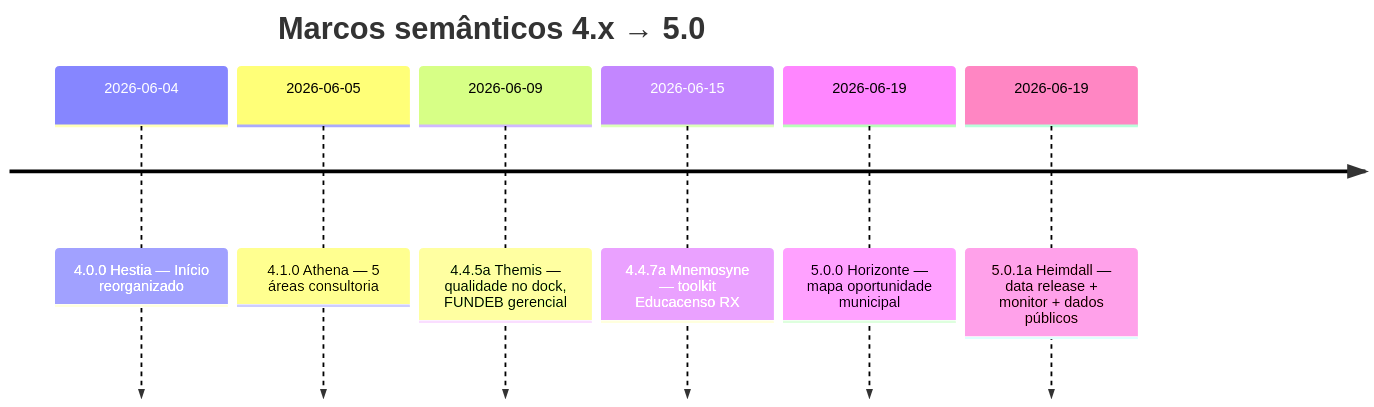
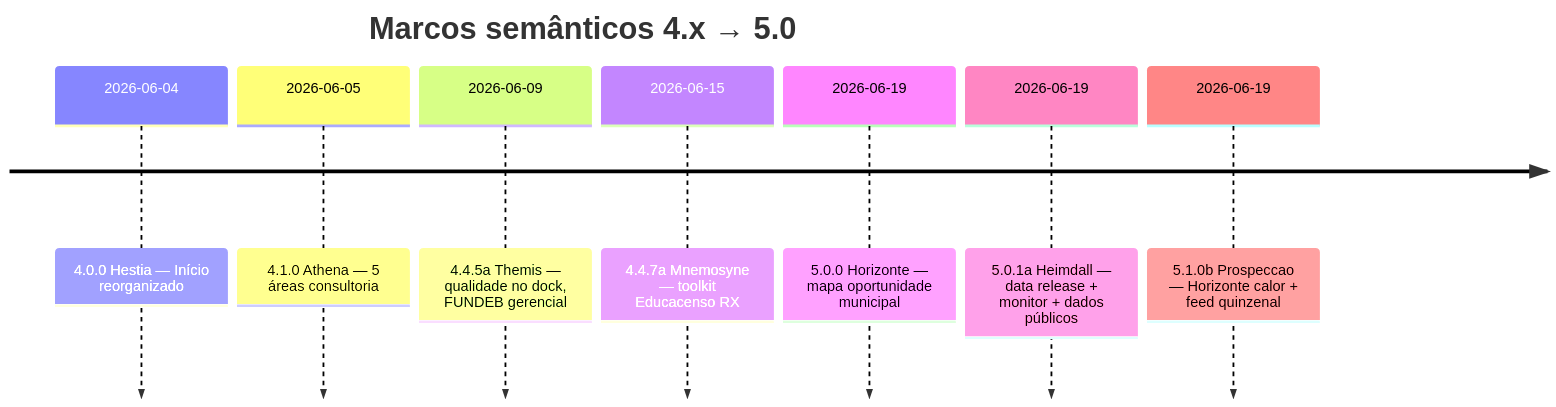
One commit to JaderGabriel/serventec-servlitcys changed the diagram in docs/HISTORICO_VERSOES.md. Above: the diagram before and after it, drawn with Mermaid. The commit also changed other lines of this file and 30 other files, not shown here.

First line of the commit message:
Release 5.1.0 (Prospeccao): Horizonte comercial e feed quinzenal.

````diff
--- a/docs/HISTORICO_VERSOES.md
+++ b/docs/HISTORICO_VERSOES.md
@@ -20,10 +20,11 @@
 ```mermaid
 timeline
     title Marcos semânticos 4.x → 5.0
     2026-06-04 : 4.0.0 Hestia — Início reorganizado
     2026-06-05 : 4.1.0 Athena — 5 áreas consultoria
     2026-06-09 : 4.4.5a Themis — qualidade no dock, FUNDEB gerencial
     2026-06-15 : 4.4.7a Mnemosyne — toolkit Educacenso RX
     2026-06-19 : 5.0.0 Horizonte — mapa oportunidade municipal
     2026-06-19 : 5.0.1a Heimdall — data release + monitor + dados públicos
+    2026-06-19 : 5.1.0b Prospeccao — Horizonte calor + feed quinzenal
 ```
````
